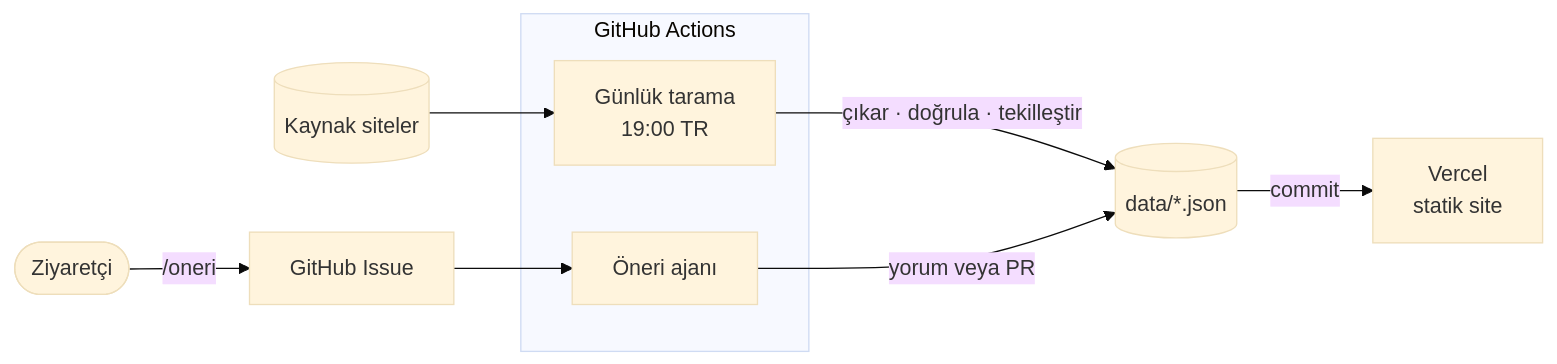
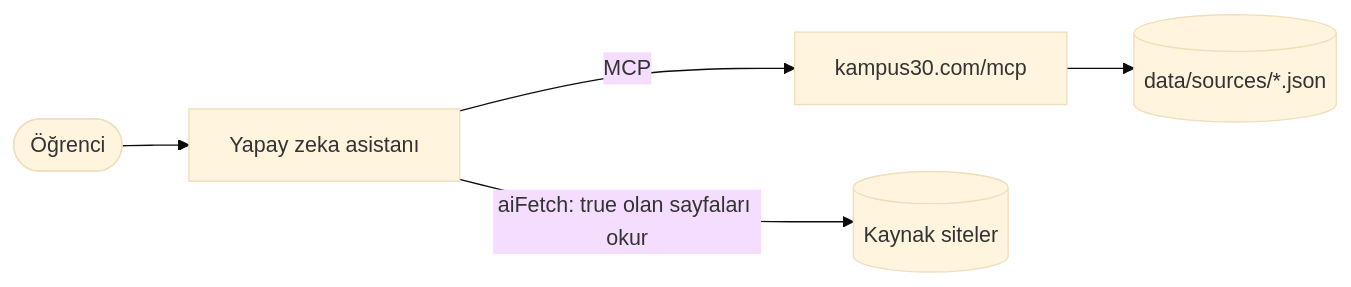
The diagram in README.md (suleyman-kara/animsatici), drawn with Mermaid (base theme) before and after one commit. The commit also changed other lines of this file and 171 other files, not shown here.

First line of the commit message:
feat: Kampüs30'u MCP sunucusu ve kaynak dizinine dönüştür

````diff
--- a/README.md
+++ b/README.md
@@ -39,13 +59,7 @@
 ```mermaid
 flowchart LR
-    subgraph actions["GitHub Actions"]
-        scan["Günlük tarama<br/>19:00 TR"]
-        agent["Öneri ajanı"]
-    end
-    sources[("Kaynak siteler")] --> scan
-    scan -- "çıkar · doğrula · tekilleştir" --> data[("data/*.json")]
-    data -- commit --> vercel["Vercel<br/>statik site"]
-    user(["Ziyaretçi"]) -- "/oneri" --> issue["GitHub Issue"]
-    issue --> agent
-    agent -- "yorum veya PR" --> data
+    student(["Öğrenci"]) --> assistant["Yapay zeka asistanı"]
+    assistant -- "MCP" --> mcp["kampus30.com/mcp"]
+    mcp --> sources[("data/sources/*.json")]
+    assistant -- "aiFetch: true olan sayfaları okur" --> web[("Kaynak siteler")]
 ```
````
